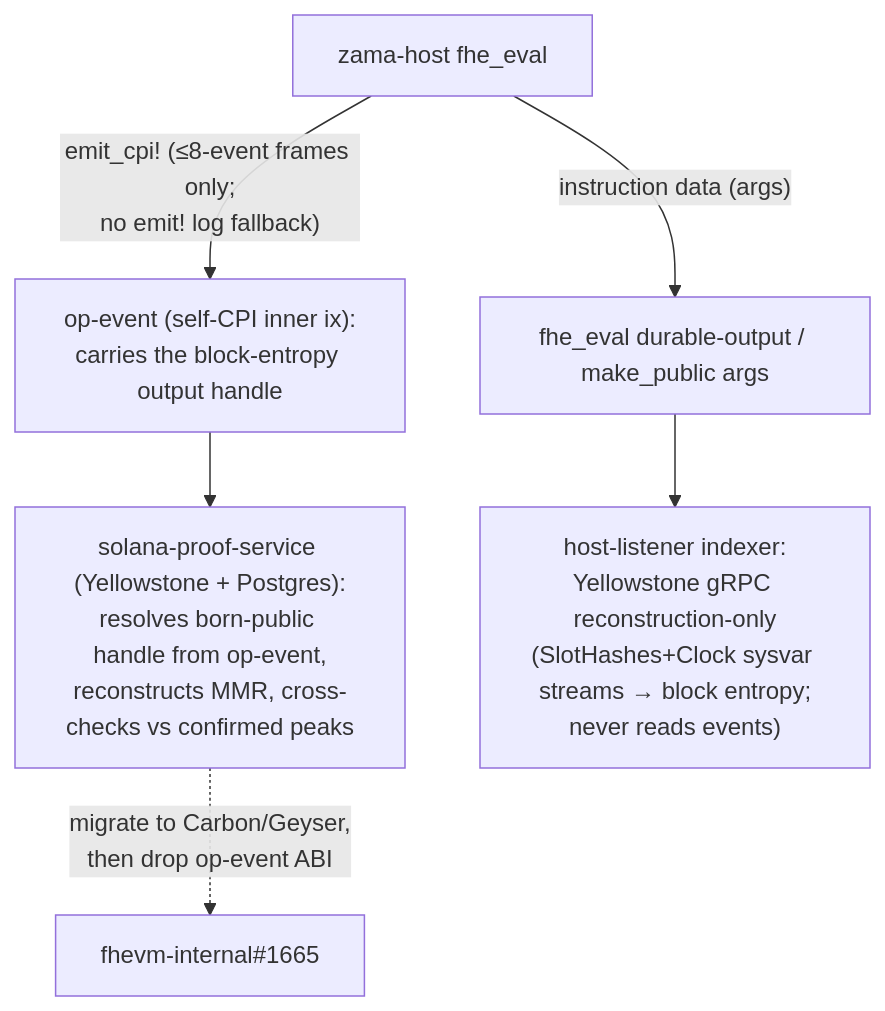
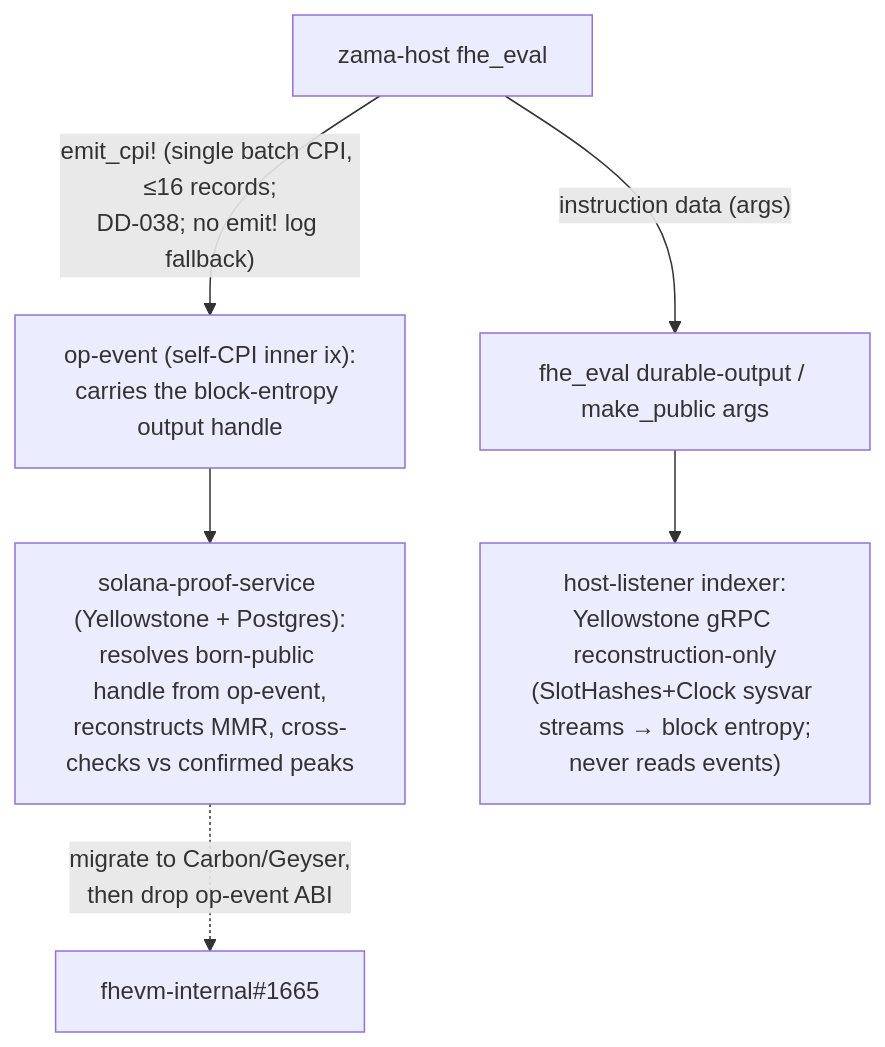
Before and after one commit to zama-ai/fhevm: the sixth of 6 diagrams in solana/docs/MMR_ACL_MVP.md, drawn with Mermaid. The commit also changed 3 other files, not shown here.

````diff
--- a/solana/docs/MMR_ACL_MVP.md
+++ b/solana/docs/MMR_ACL_MVP.md
@@ -173,8 +173,8 @@
 ```mermaid
 flowchart TD
-    prog["zama-host fhe_eval"] -->|"emit_cpi! (≤8-event frames only;<br/>no emit! log fallback)"| ev["op-event (self-CPI inner ix):<br/>carries the block-entropy output handle"]
+    prog["zama-host fhe_eval"] -->|"emit_cpi! (single batch CPI, ≤16 records;<br/>DD-038; no emit! log fallback)"| ev["op-event (self-CPI inner ix):<br/>carries the block-entropy output handle"]
     prog -->|"instruction data (args)"| ix["fhe_eval durable-output / make_public args"]
     ev --> proofsvc["solana-proof-service (Yellowstone + Postgres):<br/>resolves born-public handle from op-event,<br/>reconstructs MMR, cross-checks vs confirmed peaks"]
     ix --> listener["host-listener indexer:<br/>Yellowstone gRPC reconstruction-only<br/>(SlotHashes+Clock sysvar streams → block entropy;<br/>never reads events)"]
     proofsvc -.->|"migrate to Carbon/Geyser,<br/>then drop op-event ABI"| followup["fhevm-internal#1665"]
 ```
````
